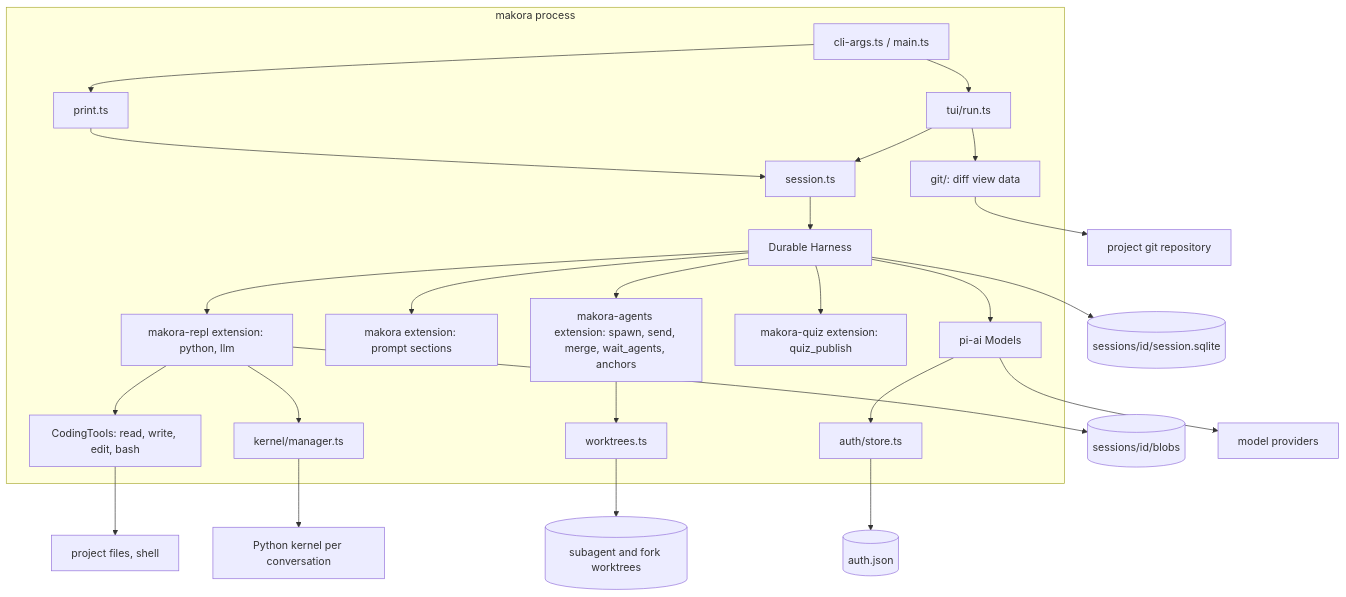
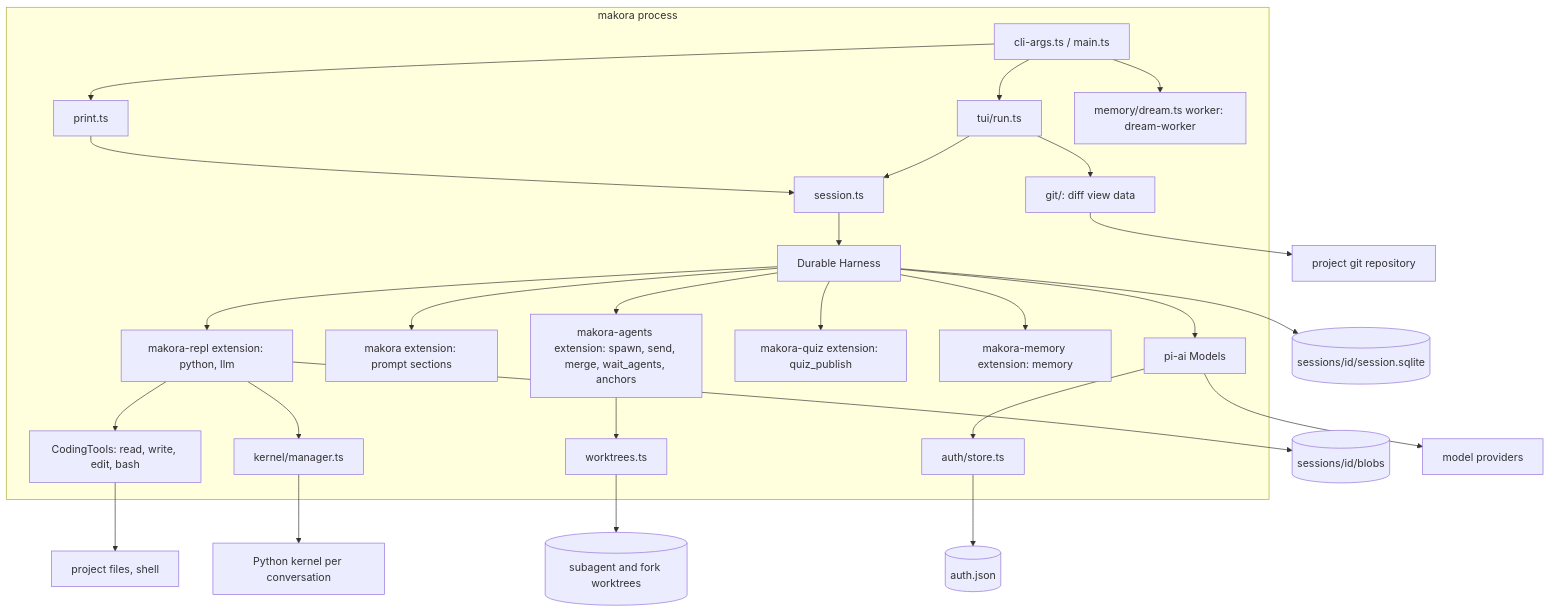
One commit to mr-jones123/makora changed the diagram in docs/architecture/overview.md. Above: the diagram before and after it, drawn with Mermaid. The commit also changed other lines of this file and 42 other files, not shown here.

First line of the commit message:
feat: makora memory: /dream, memory.search, and the Obsidian wiki

````diff
--- a/docs/architecture/overview.md
+++ b/docs/architecture/overview.md
@@ -6,28 +6,30 @@
 ```mermaid
 flowchart TB
   subgraph process[makora process]
     CLI[cli-args.ts / main.ts] --> TUI[tui/run.ts]
     CLI --> PRINT[print.ts]
     TUI --> SESSION[session.ts]
     PRINT --> SESSION
     SESSION --> H[Durable Harness]
     H --> REPL[makora-repl extension: python, llm]
     H --> EXT[makora extension: prompt sections]
     H --> AG[makora-agents extension: spawn, send, merge, wait_agents, anchors]
     AG --> WTS[worktrees.ts]
     H --> QZ[makora-quiz extension: quiz_publish]
+    H --> MEM[makora-memory extension: memory]
+    CLI --> DREAM[memory/dream.ts worker: dream-worker]
     H --> MODELS[pi-ai Models]
     REPL --> TOOLS[CodingTools: read, write, edit, bash]
     REPL --> KM[kernel/manager.ts]
     MODELS --> AUTH[auth/store.ts]
     TUI --> GIT[git/: diff view data]
   end
   KM --> K[Python kernel per conversation]
   H --> DB[(sessions/id/session.sqlite)]
   REPL --> BLOBS[(sessions/id/blobs)]
   AUTH --> AJ[(auth.json)]
   TOOLS --> FS[project files, shell]
   GIT --> REPO[project git repository]
   WTS --> WT[(subagent and fork worktrees)]
   MODELS --> API[model providers]
 ```
````
